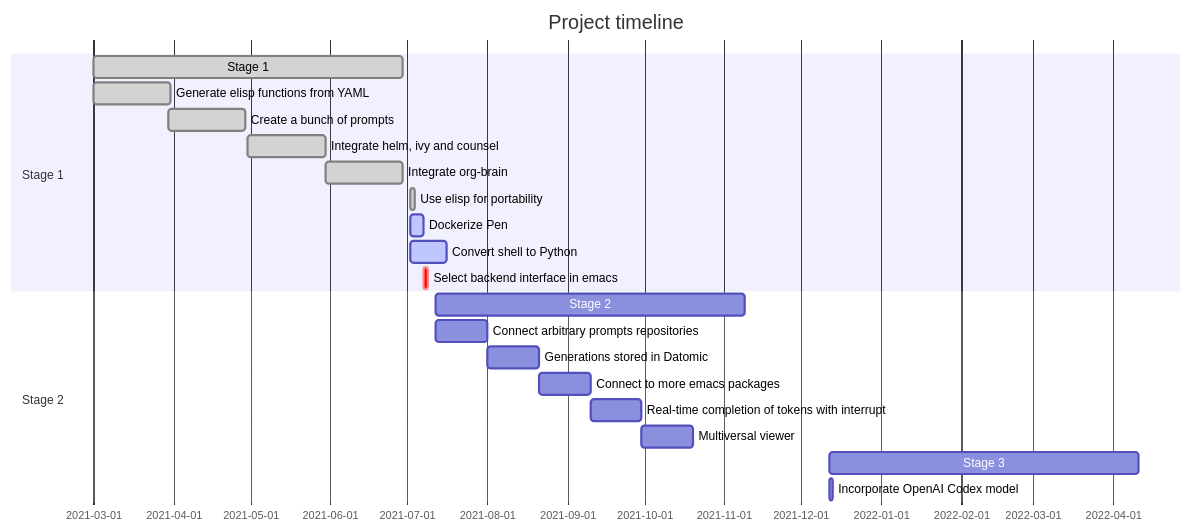
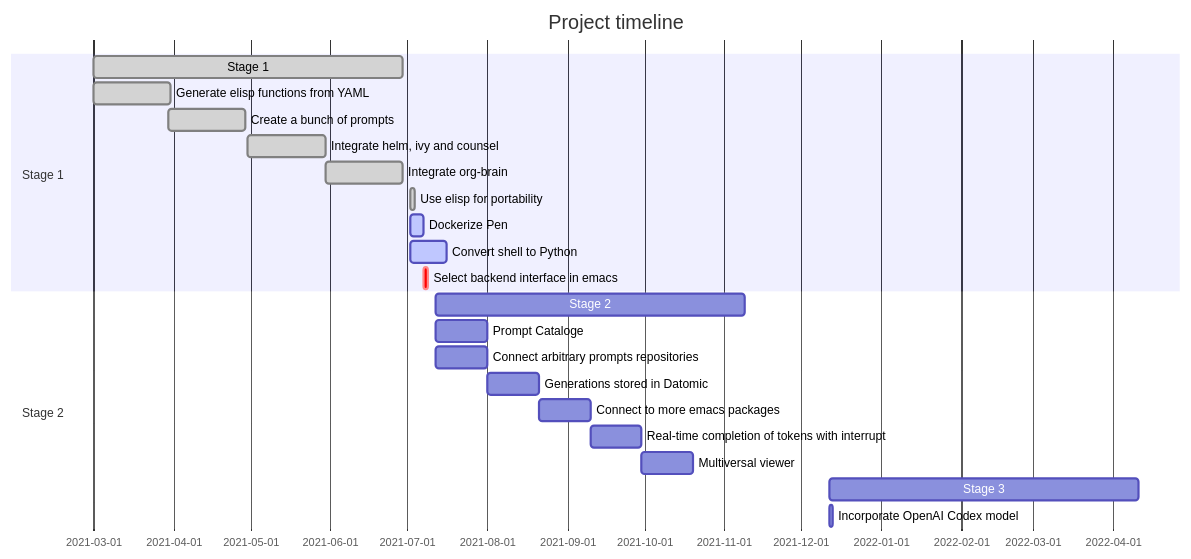
The diagram in docs/README.org (semiosis/pen.el), drawn with Mermaid before and after one commit.

Commit message:
Fri 02 Jul 2021 17:32:58

```diff
--- a/docs/README.org
+++ b/docs/README.org
@@ -23,24 +23,25 @@
 #+BEGIN_SRC mermaid :results raw :file project-timeline.png
   gantt
           title Project timeline
           dateFormat  YYYY-MM-DD
           section Stage 1
           Stage 1  :done, :s1, 2021-03-01, 120d
           Generate elisp functions from YAML  :done,  :a1, 2021-03-01, 30d
           Create a bunch of prompts  :done,   :a3, 2021-03-30, 30d
           Integrate helm, ivy and counsel  :done,   :a4, 2021-04-30, 30d
           Integrate org-brain  :done,   :a5, 2021-05-30, 30d
           Use elisp for portability :done,  :b2, 2021-07-02, 2d
           Dockerize Pen : active, b3, after b2 , 5d
           Convert shell to Python : active, b4, after b2 , 14d
           Select backend interface in emacs :crit, after b3, 2d
           section Stage 2
           Stage 2  :s2, 2021-07-12, 120d
+          Prompt Cataloge : b6a, 2021-07-12, 20d
           Connect arbitrary prompts repositories : b6, 2021-07-12, 20d
           Generations stored in Datomic : b7, after b6, 20d
           Connect to more emacs packages : b8, after b7 , 20d
           Real-time completion of tokens with interrupt : b9, after b8, 20d
           Multiversal viewer : b10, after b9, 20d
           Stage 3  :s2, 2021-12-12, 120d
           Incorporate OpenAI Codex model : c1, 2021-12-12, 1d
 #+END_SRC
```
